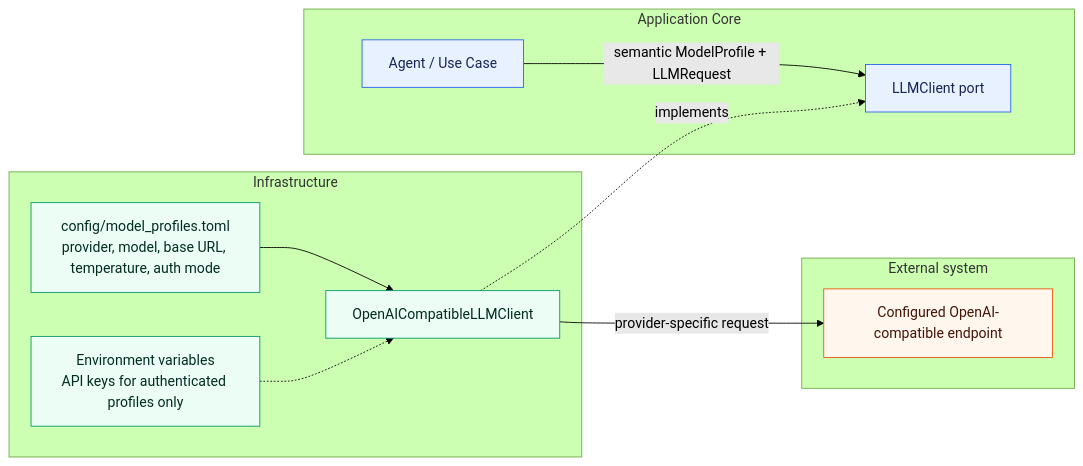
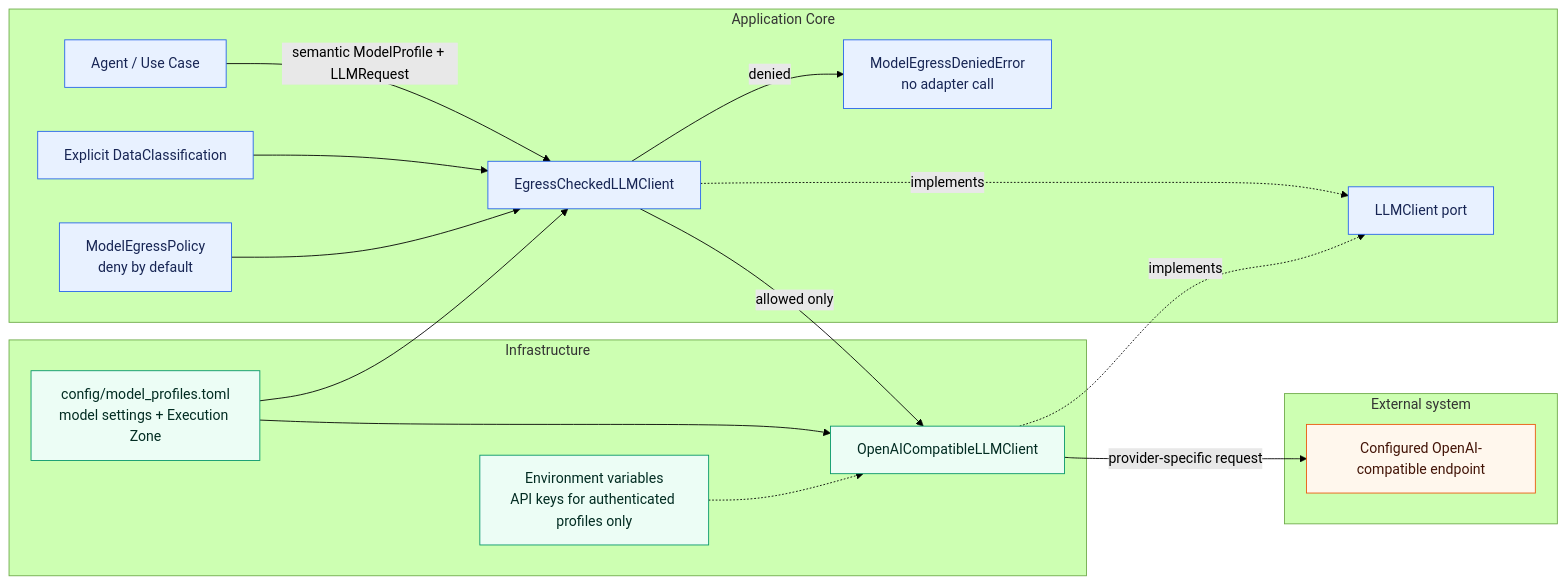
One commit to aboerzel/industrial-ai-agent changed the third of 10 diagrams in docs/architecture/overview.md. Above: the diagram before and after it, drawn with Mermaid (forest theme). The commit also changed other lines of this file and 13 other files, not shown here.

Commit message:
feat: enforce model data egress policy

````diff
--- a/docs/architecture/overview.md
+++ b/docs/architecture/overview.md
@@ -111,30 +113,41 @@
 ```mermaid
 flowchart LR
-    A["Agent / Use Case"] -->|"semantic ModelProfile + LLMRequest"| P["LLMClient port"]
+    A["Agent / Use Case"] -->|"semantic ModelProfile + LLMRequest"| G["EgressCheckedLLMClient"]
+    P["LLMClient port"]
+    G -.->|"implements"| P
     C["OpenAICompatibleLLMClient"] -.->|"implements"| P
-    TOML["config/model_profiles.toml<br/>provider, model, base URL, temperature, auth mode"] --> C
+    CL["Explicit DataClassification"] --> G
+    POLICY["ModelEgressPolicy<br/>deny by default"] --> G
+    TOML["config/model_profiles.toml<br/>model settings + Execution Zone"] --> G
+    TOML --> C
     ENV["Environment variables<br/>API keys for authenticated profiles only"] -.-> C
+    G -->|"allowed only"| C
+    G -->|"denied"| F["ModelEgressDeniedError<br/>no adapter call"]
     C -->|"provider-specific request"| E["Configured OpenAI-compatible endpoint"]
 
     subgraph Core["Application Core"]
         A
         P
+        G
+        CL
+        POLICY
+        F
     end
 
     subgraph Infrastructure["Infrastructure"]
         C
         TOML
         ENV
     end
 
     subgraph External["External system"]
         E
     end
 
     classDef core fill:#e8f1ff,stroke:#2563eb,color:#172554
     classDef adapter fill:#ecfdf5,stroke:#059669,color:#022c22
     classDef external fill:#fff7ed,stroke:#ea580c,color:#431407
-    class A,P core
+    class A,P,G,CL,POLICY,F core
     class C,TOML,ENV adapter
     class E external
 ```
````
